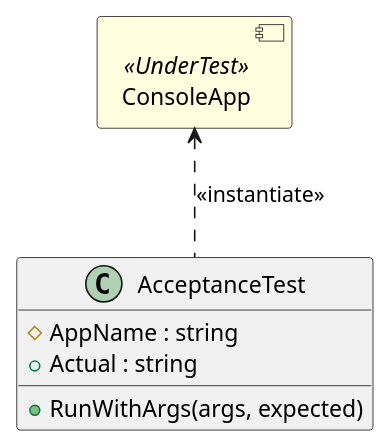
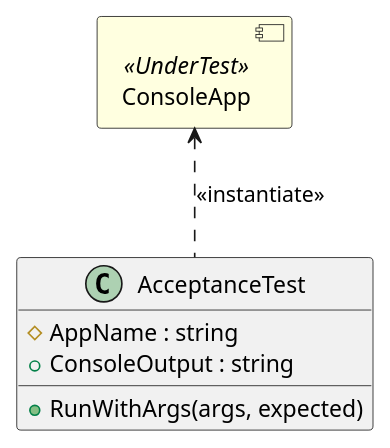
The diagram in docs/diagram.puml (andreykarinskiy/ConsoleAcceptanceTesting), drawn with PlantUML before and after one commit.

```diff
--- a/docs/diagram.puml
+++ b/docs/diagram.puml
@@ -1,16 +1,16 @@
 @startuml
 skinparam component {
     BackgroundColor<<UnderTest>> lightyellow
 }
 
 component ConsoleApp <<UnderTest>> {
 }
 
 class AcceptanceTest {
   #AppName : string
-  +Actual : string
+  +ConsoleOutput : string
   +RunWithArgs(args, expected)
 }
 
 AcceptanceTest .up.> ConsoleApp : <<instantiate>>
 @enduml
```
